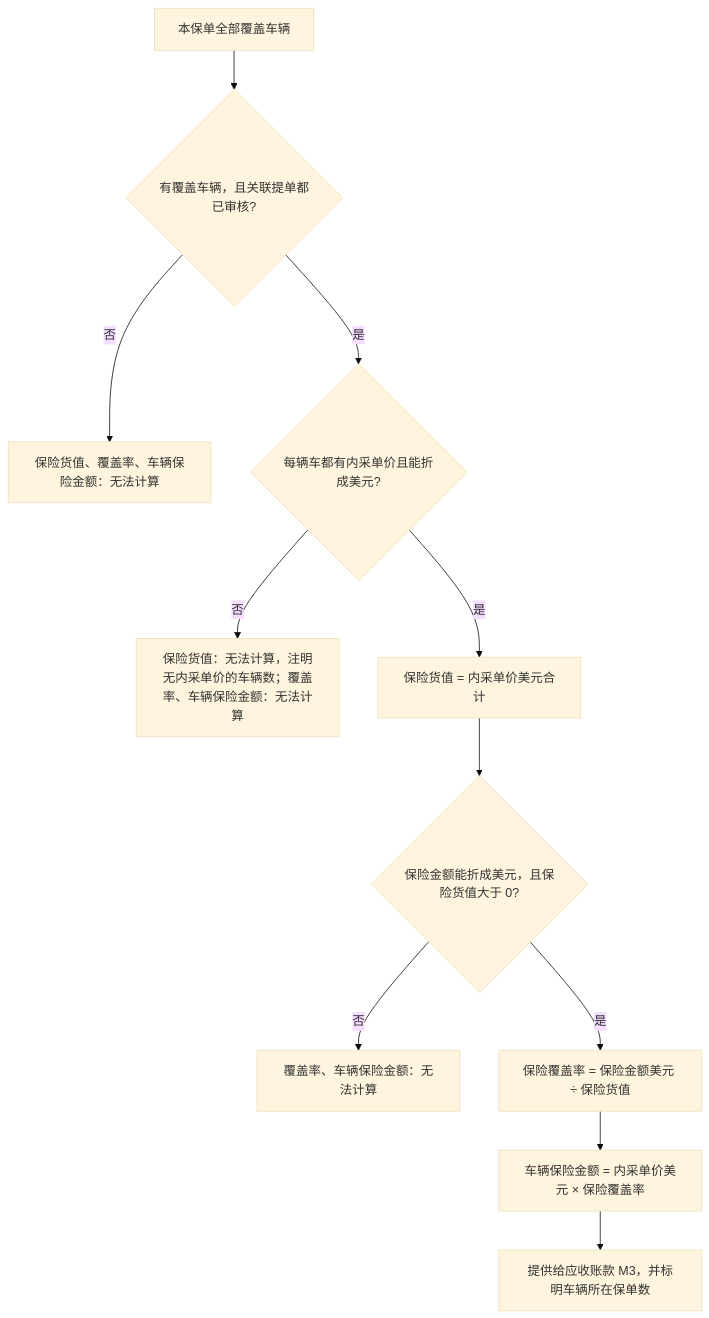
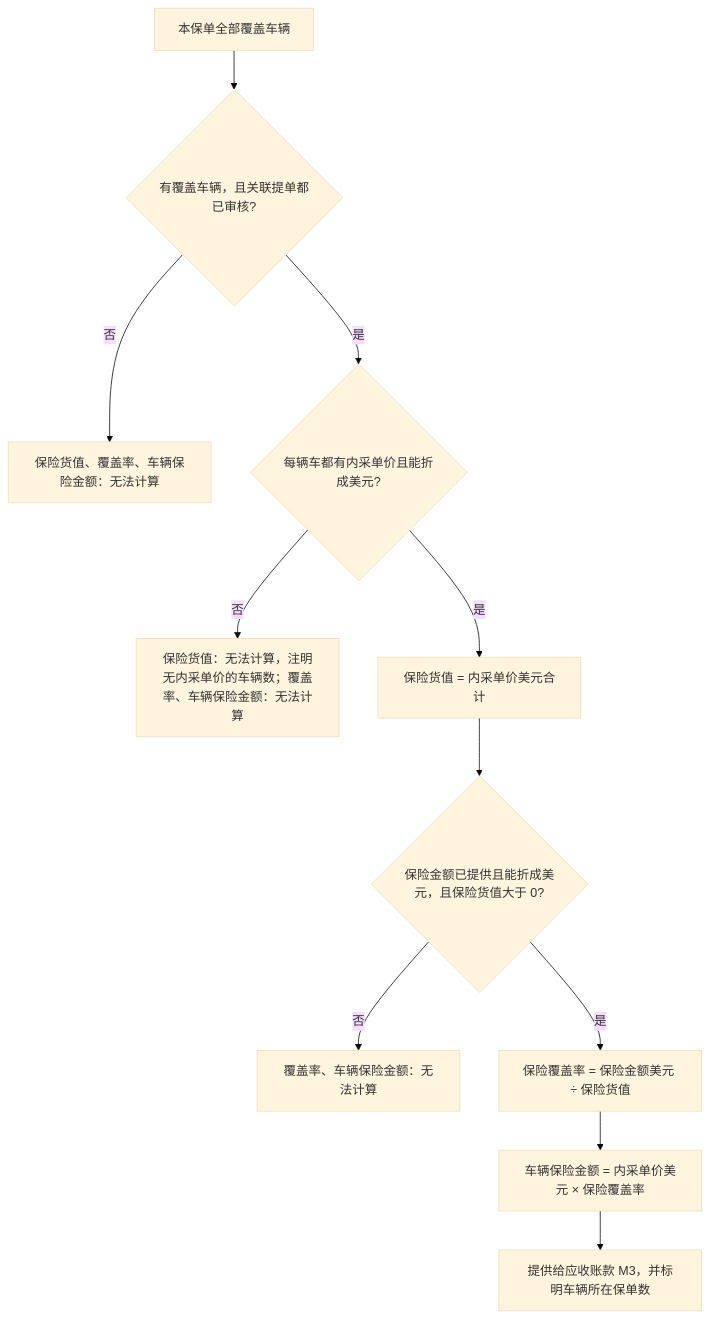
Before and after one commit to wxblockchain/Chain-Financing: the second of 3 diagrams in asset-trust-platform/PRD/运营端/M13-保单信息/02-保单信息-流程图与状态机.md, drawn with Mermaid (base theme). The commit also changed 2 other files, not shown here.

Commit message:
prd(WS-679): settle M13 eval clarifications Q-EV-M13-01..07
- Ordering: code ordering ascending, char by char, case-insensitive;
  vehicle on two B/Ls sorts by the first; B/L date ties by B/L no.,
  missing dates last; policies without a date sort last
- Search trims spaces, case-insensitive partial match, unaudited linked
  B/L numbers match; date range inclusive, undated policies excluded;
  insurer options from adopted policies
- List alert-count load failure: column retries, alert filter not run
- Unit price / rate load failure: "-" without the no-price note, retry
  in cell, other modules get 无法计算 not 0
- Policy amount 0.00 computes 0.00%; not provided shows "-" 未提供
- English copy follows Hallmark prototype (as M3/M12); time zone labelled
  once per page is enough; FX marker form left to design
- 04: fill demo data (dates, insurers, amounts, BL-5802), add scenarios;
  21 criteria, numbering unchanged; 02 fig M13-2 condition synced

````diff
--- a/asset-trust-platform/PRD/运营端/M13-保单信息/02-保单信息-流程图与状态机.md
+++ b/asset-trust-platform/PRD/运营端/M13-保单信息/02-保单信息-流程图与状态机.md
@@ -41,13 +41,13 @@
 ```mermaid
 flowchart TD
     S[本保单全部覆盖车辆] --> A{有覆盖车辆，且关联提单都已审核?}
     A -->|否| N1[保险货值、覆盖率、车辆保险金额：无法计算]
     A -->|是| B{每辆车都有内采单价且能折成美元?}
     B -->|否| N2[保险货值：无法计算，注明无内采单价的车辆数；覆盖率、车辆保险金额：无法计算]
     B -->|是| C[保险货值 = 内采单价美元合计]
-    C --> D{保险金额能折成美元，且保险货值大于 0?}
+    C --> D{保险金额已提供且能折成美元，且保险货值大于 0?}
     D -->|否| N3[覆盖率、车辆保险金额：无法计算]
     D -->|是| E[保险覆盖率 = 保险金额美元 ÷ 保险货值]
     E --> F[车辆保险金额 = 内采单价美元 × 保险覆盖率]
     F --> G[提供给应收账款 M3，并标明车辆所在保单数]
 ```
````
